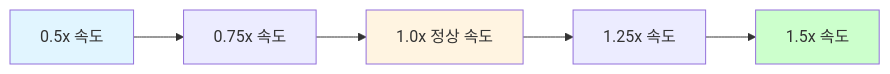
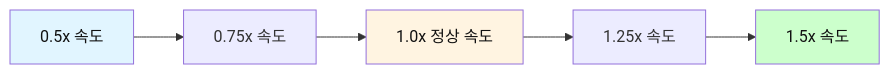
One commit to Collegenie-X/AI-English changed the seventh of 7 diagrams in 영어_독해/02_자막_독해_패턴.md. Above: the diagram before and after it, drawn with Mermaid. The commit also changed other lines of this file and 26 other files, not shown here.

````diff
--- a/영어_독해/02_자막_독해_패턴.md
+++ b/영어_독해/02_자막_독해_패턴.md
@@ -378,11 +506,11 @@
 ```mermaid
 flowchart LR
     A[0.5x 속도] --> B[0.75x 속도]
     B --> C[1.0x 정상 속도]
     C --> D[1.25x 속도]
     D --> E[1.5x 속도]
     
-    style A fill:#e1f5ff
-    style C fill:#fff4e1
-    style E fill:#ccffcc
+    style A fill:#e1f5ff,color:#111
+    style C fill:#fff4e1,color:#111
+    style E fill:#ccffcc,color:#111
 ```
````
